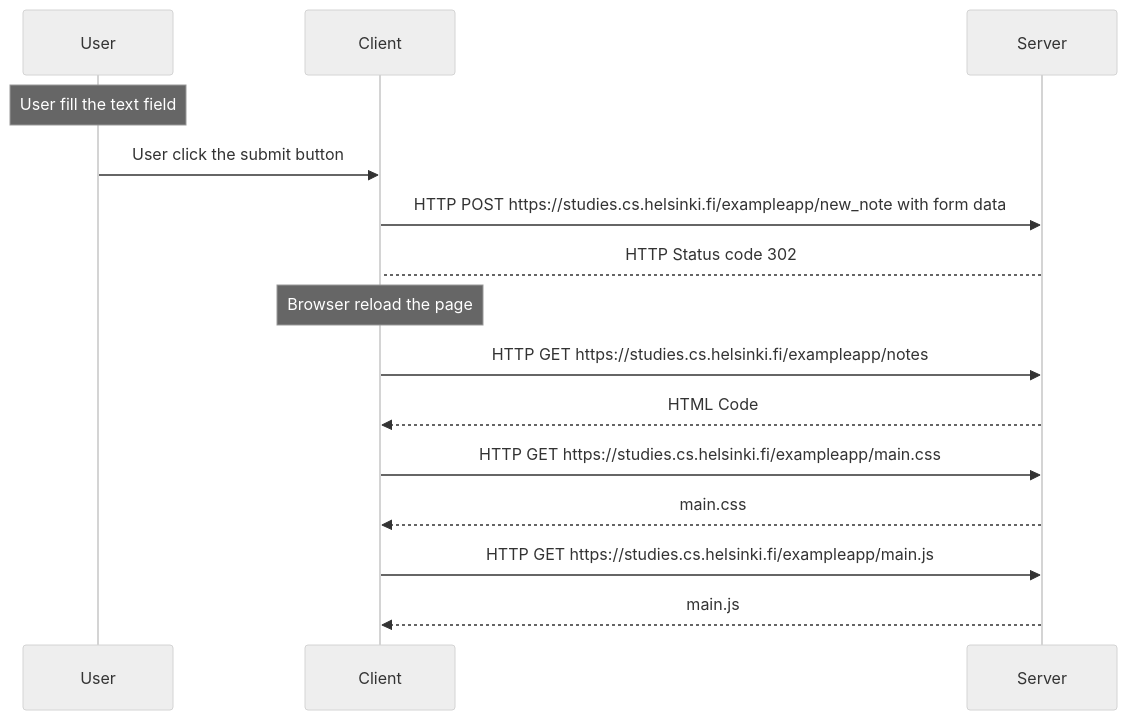
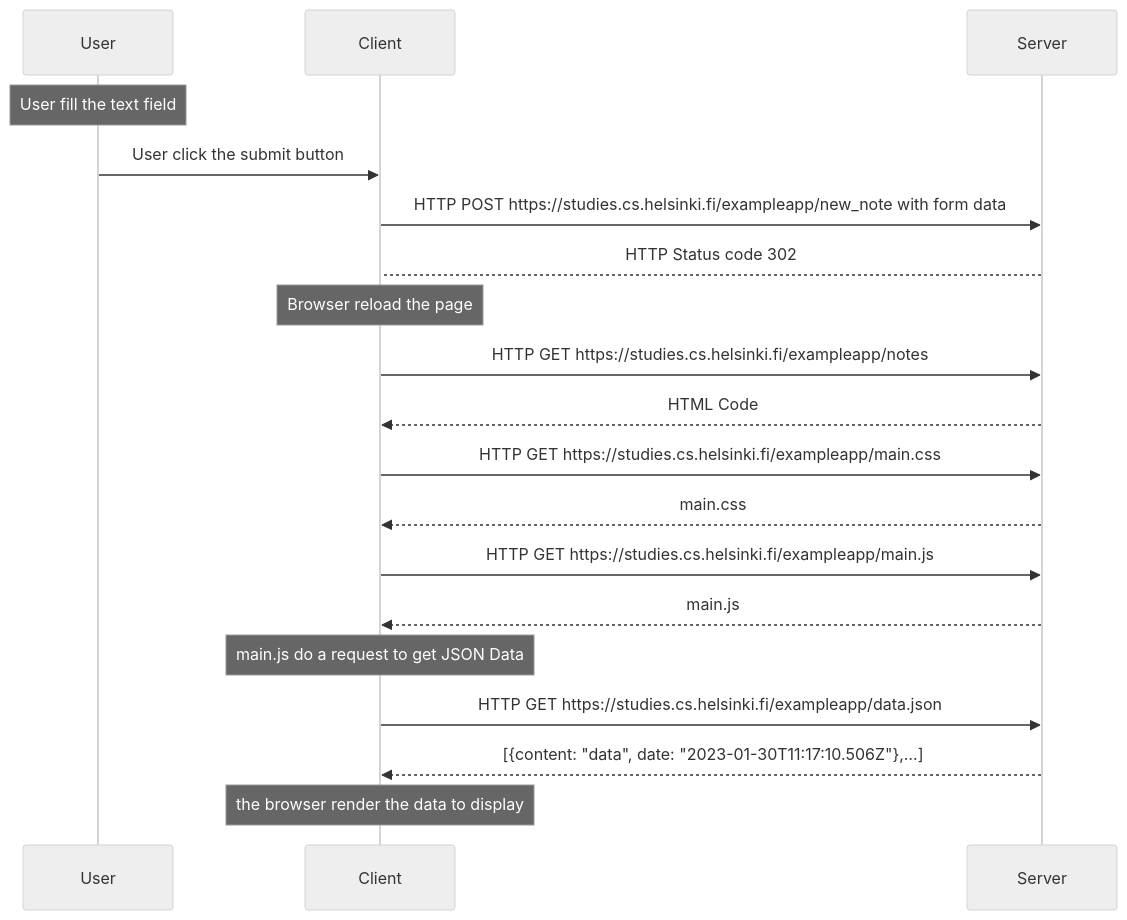
One commit to FeveRCC/FullStackCourse changed the diagram in Part0/New_notes.md. Above: the diagram before and after it, drawn with Mermaid (neutral theme).

````diff
--- a/Part0/New_notes.md
+++ b/Part0/New_notes.md
@@ -1,19 +1,23 @@
 ```mermaid
 sequenceDiagram
     participant User
     participant Client
     participant Server
     
     Note over User : User fill the text field
     User ->> Client : User click the submit button
     Client ->> Server : HTTP POST https://studies.cs.helsinki.fi/exampleapp/new_note with form data
     Server --> Client : HTTP Status code 302
     Note over Client : Browser reload the page
     Client ->> Server : HTTP GET https://studies.cs.helsinki.fi/exampleapp/notes
     Server -->> Client  : HTML Code
     Client ->> Server : HTTP GET https://studies.cs.helsinki.fi/exampleapp/main.css
     Server -->> Client : main.css
     Client ->> Server : HTTP GET https://studies.cs.helsinki.fi/exampleapp/main.js
     Server -->> Client : main.js
-    
+    note over Client : main.js do a request to get JSON Data
+    Client ->> Server : HTTP GET https://studies.cs.helsinki.fi/exampleapp/data.json
+    Server -->> Client : [{content: "data", date: "2023-01-30T11:17:10.506Z"},…]
+    note over Client : the browser render the data to display
+
 ```
````
